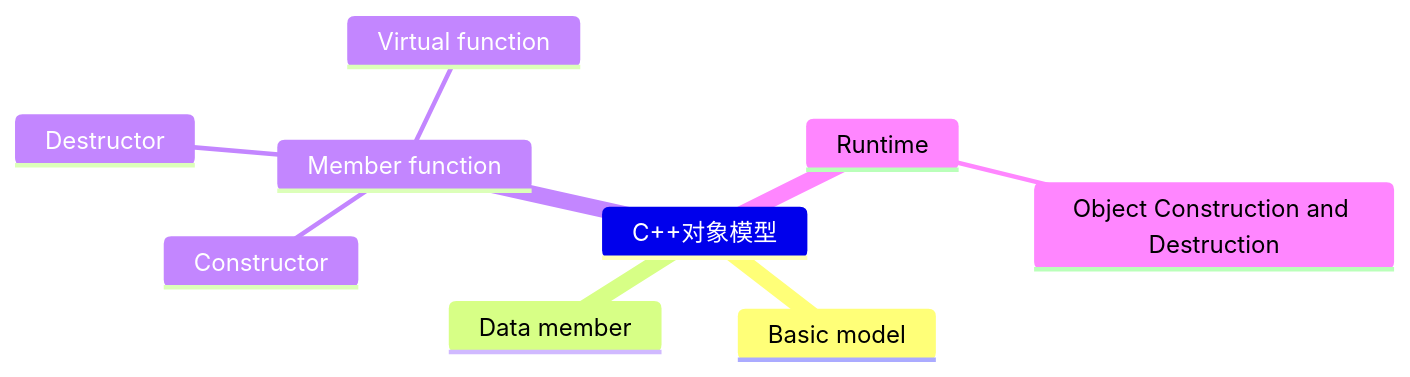
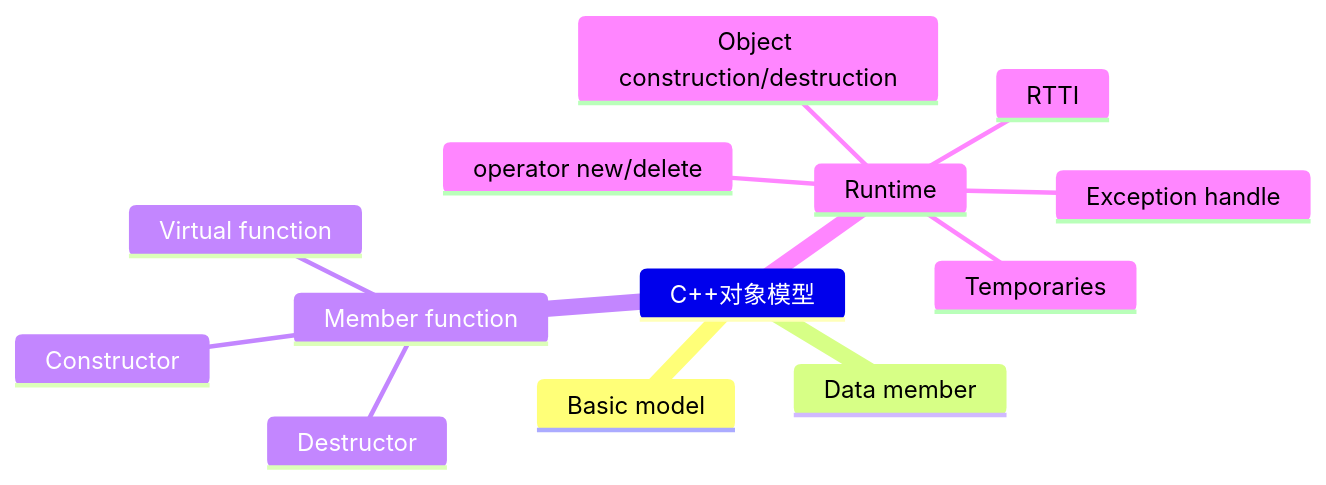
One commit to jishuguang/library changed the diagram in docs/程序/C++/语法/类/对象模型.md. Above: the diagram before and after it, drawn with Mermaid. The commit also changed other lines of this file and 2 other files, not shown here.

Commit message:
Finish cpp object model.

````diff
--- a/docs/程序/C++/语法/类/对象模型.md
+++ b/docs/程序/C++/语法/类/对象模型.md
@@ -3,12 +3,16 @@
 ```{mermaid}
 mindmap
 C++对象模型
     Basic model
     Data member
     Member function
         Constructor
         Destructor
         Virtual function
     Runtime
-        Object Construction and Destruction
+        Object construction/destruction
+        operator new/delete
+        Temporaries
+        RTTI
+        Exception handle
 ```
````
